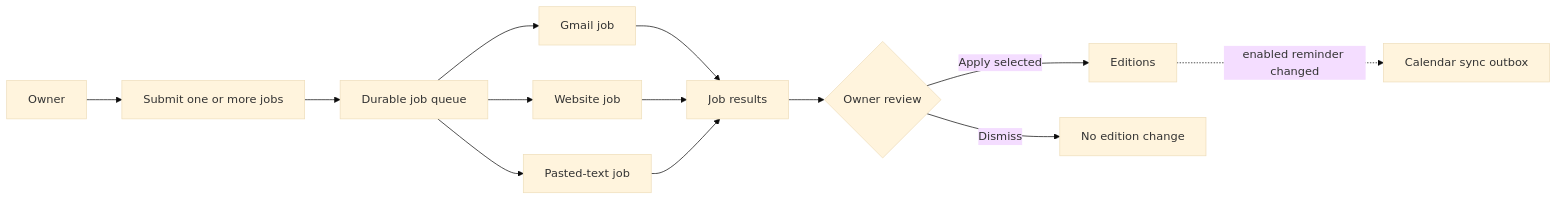
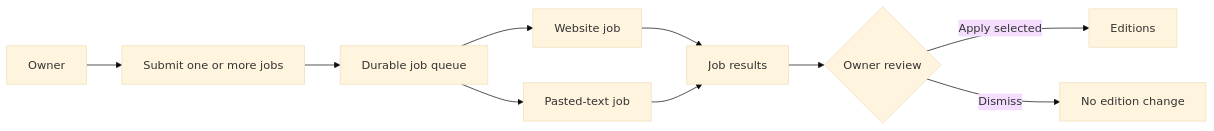
Before and after one commit to leav/expo_tracker: the first of 4 diagrams in docs/DESIGN.md, drawn with Mermaid (base theme). The commit also changed other lines of this file and 49 other files, not shown here.

````diff
--- a/docs/DESIGN.md
+++ b/docs/DESIGN.md
@@ -88,15 +89,12 @@
 ```mermaid
 flowchart LR
   owner[Owner] --> submit[Submit one or more jobs]
   submit --> queue[Durable job queue]
-  queue --> mail[Gmail job]
   queue --> page[Website job]
   queue --> text[Pasted-text job]
-  mail --> results[Job results]
-  page --> results
+  page --> results[Job results]
   text --> results
   results --> decision{Owner review}
   decision -->|Apply selected| editions[Editions]
   decision -->|Dismiss| nochange[No edition change]
-  editions -. enabled reminder changed .-> calendar[Calendar sync outbox]
 ```
````
